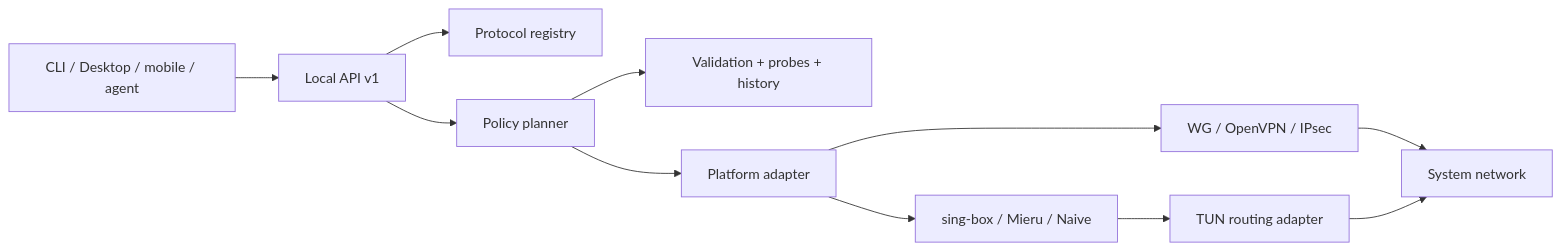
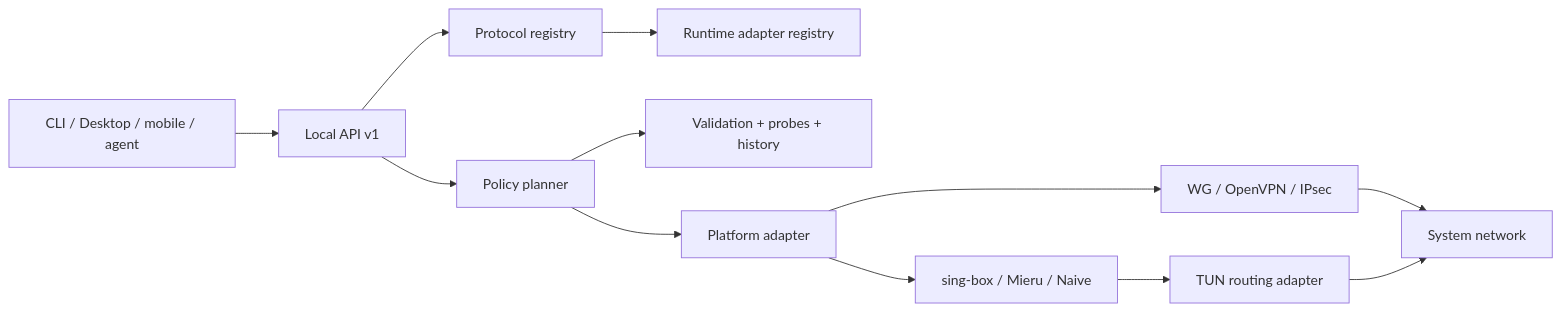
One commit to mazurovn/mazzy-vpn changed the diagram in docs/PROTOCOL_ORCHESTRATION.en.md. Above: the diagram before and after it, drawn with Mermaid. The commit also changed other lines of this file and 116 other files, not shown here.

````diff
--- a/docs/PROTOCOL_ORCHESTRATION.en.md
+++ b/docs/PROTOCOL_ORCHESTRATION.en.md
@@ -46,13 +56,14 @@
 ```mermaid
 flowchart LR
     UI[CLI / Desktop / mobile / agent] --> API[Local API v1]
     API --> Registry[Protocol registry]
+    Registry --> RuntimeRegistry[Runtime adapter registry]
     API --> Planner[Policy planner]
     Planner --> Diagnostics[Validation + probes + history]
     Planner --> Adapter[Platform adapter]
     Adapter --> Native[WG / OpenVPN / IPsec]
     Adapter --> Proxy[sing-box / Mieru / Naive]
     Proxy --> Tun[TUN routing adapter]
     Native --> Network[System network]
     Tun --> Network
 ```
````
